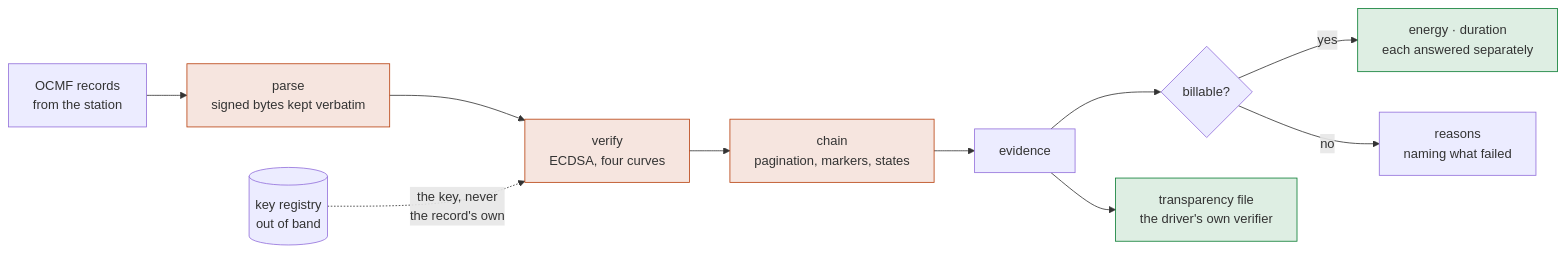
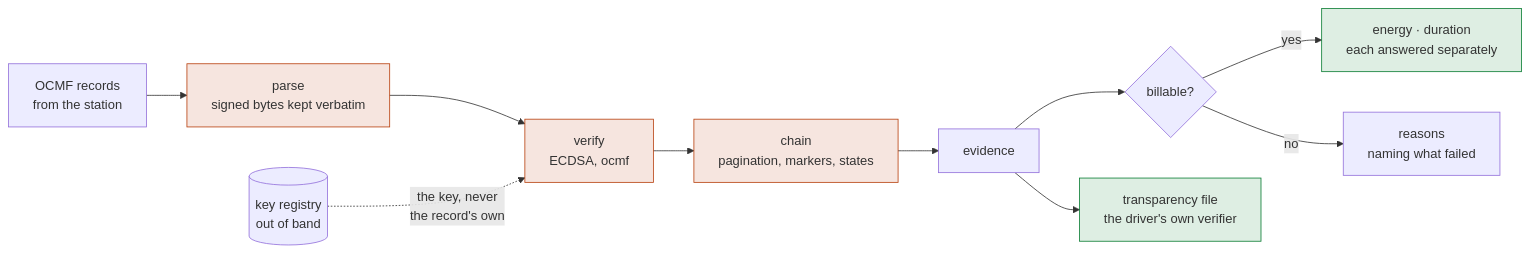
Before and after one commit to hupe1980/emob: the diagram in site/content/docs/eichrecht.md, drawn with Mermaid. The commit also changed other lines of this file and 86 other files, not shown here.

First line of the commit message:
refactor: update documentation and improve clarity in architecture, eichrecht, and pricing sections

````diff
--- a/site/content/docs/eichrecht.md
+++ b/site/content/docs/eichrecht.md
@@ -30,17 +30,17 @@
 ```mermaid
 flowchart LR
     RAW["OCMF records<br/>from the station"] --> P["parse<br/>signed bytes kept verbatim"]
-    P --> V["verify<br/>ECDSA, four curves"]
+    P --> V["verify<br/>ECDSA, ocmf"]
     KR[("key registry<br/>out of band")] -.->|the key, never<br/>the record's own| V
     V --> C["chain<br/>pagination, markers, states"]
     C --> E["evidence"]
     E --> Q{"billable?"}
     Q -->|yes| BILL["energy · duration<br/>each answered separately"]
     Q -->|no| WHY["reasons<br/>naming what failed"]
     E --> TX["transparency file<br/>the driver's own verifier"]
 
     classDef gate fill:#b8410f22,stroke:#b8410f
     classDef out fill:#0a7d3322,stroke:#0a7d33
     class P,V,C gate
     class BILL,TX out
 ```
````
